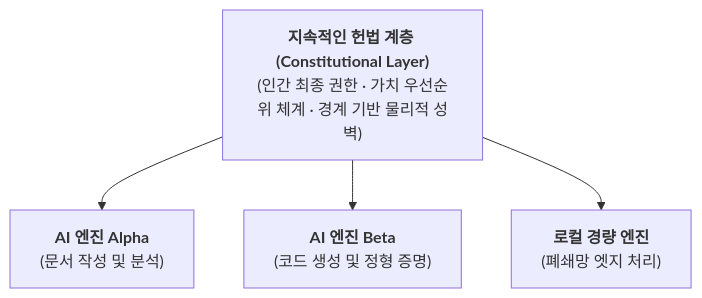
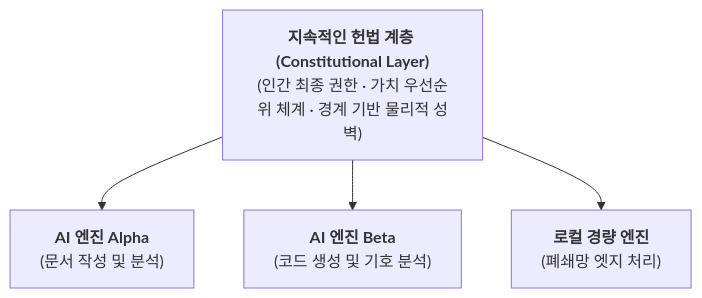
The third of 3 diagrams in ARCHITECTURE.Ko.md (kocean-dev/judgment-computing), drawn with Mermaid before and after one commit. The commit also changed other lines of this file and 5 other files, not shown here.

Commit message:
docs: align architecture/glossary invariants with book baseline and refine §5 boundaries

````diff
--- a/ARCHITECTURE.Ko.md
+++ b/ARCHITECTURE.Ko.md
@@ -100,11 +102,11 @@
 ```mermaid
 flowchart TD
     Const["<b>지속적인 헌법 계층 (Constitutional Layer)</b><br>(인간 최종 권한 · 가치 우선순위 체계 · 경계 기반 물리적 성벽)"]
     Eng1["<b>AI 엔진 Alpha</b><br>(문서 작성 및 분석)"]
-    Eng2["<b>AI 엔진 Beta</b><br>(코드 생성 및 정형 증명)"]
+    Eng2["<b>AI 엔진 Beta</b><br>(코드 생성 및 기호 분석)"]
     Eng3["<b>로컬 경량 엔진</b><br>(폐쇄망 엣지 처리)"]
 
     Const --> Eng1
     Const --> Eng2
     Const --> Eng3
 ```
````
